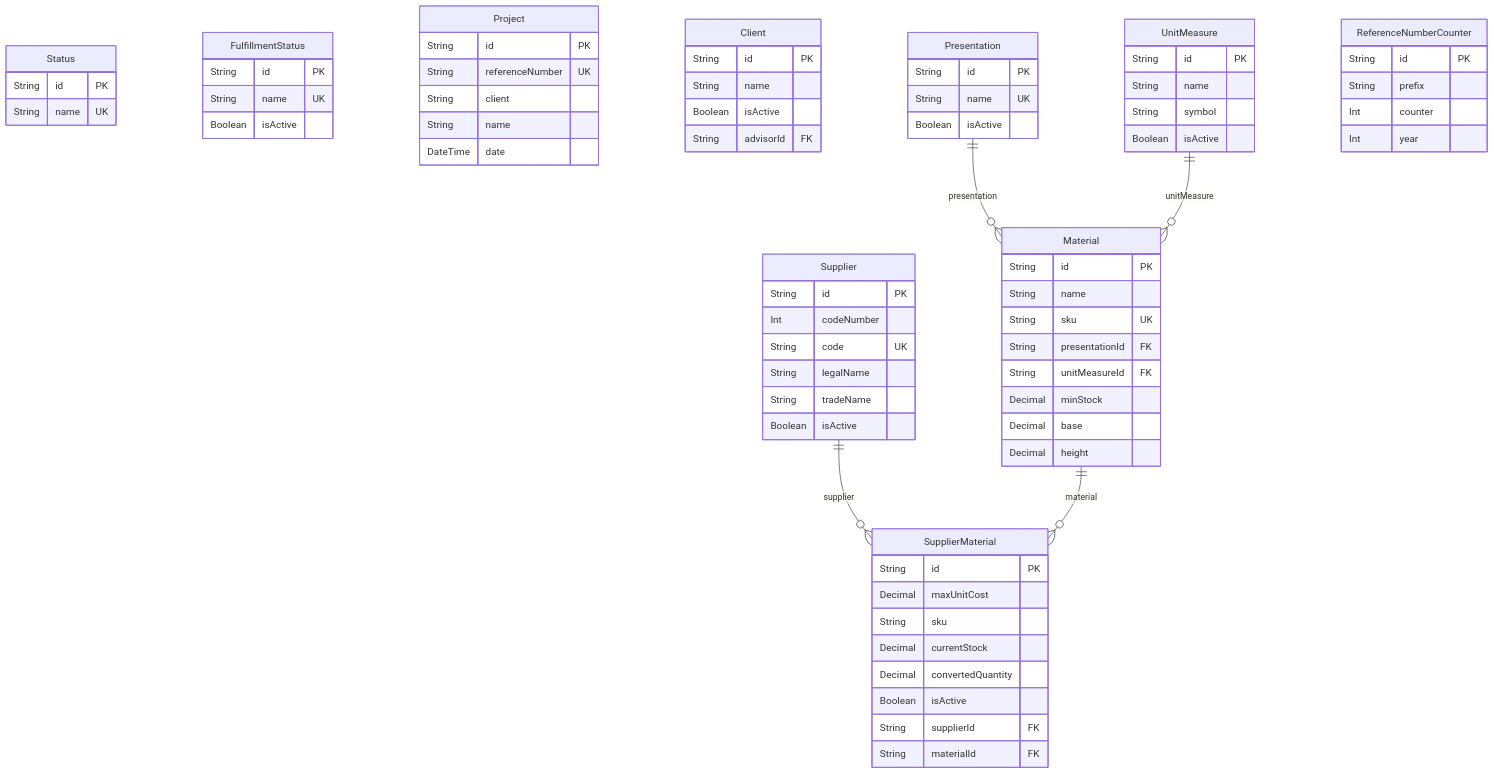
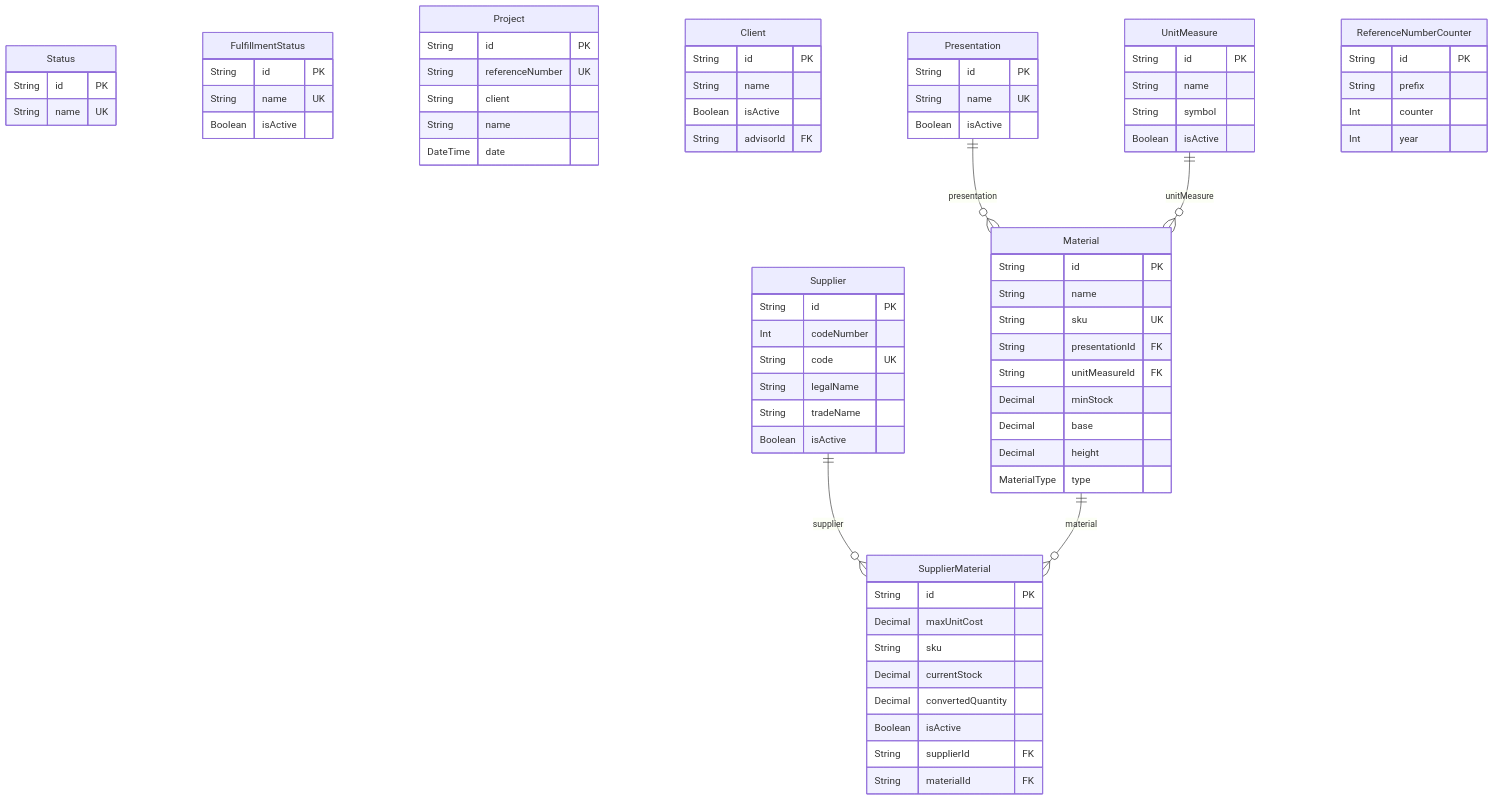
The second of 5 diagrams in docs/architecture/views/logical/data-and-persistence/generated/database-schema.md (gpgsistemas01/nexus), drawn with Mermaid before and after one commit. The commit also changed 93 other files, not shown here.

````diff
--- a/docs/architecture/views/logical/data-and-persistence/generated/database-schema.md
+++ b/docs/architecture/views/logical/data-and-persistence/generated/database-schema.md
@@ -77,74 +77,75 @@
 ```mermaid
 erDiagram
     Status {
         String id PK
         String name UK
     }
     FulfillmentStatus {
         String id PK
         String name UK
         Boolean isActive
     }
     Project {
         String id PK
         String referenceNumber UK
         String client
         String name
         DateTime date
     }
     Client {
         String id PK
         String name
         Boolean isActive
         String advisorId FK
     }
     Supplier {
         String id PK
         Int codeNumber
         String code UK
         String legalName
         String tradeName
         Boolean isActive
     }
     Material {
         String id PK
         String name
         String sku UK
         String presentationId FK
         String unitMeasureId FK
         Decimal minStock
         Decimal base
         Decimal height
+        MaterialType type
     }
     UnitMeasure {
         String id PK
         String name
         String symbol
         Boolean isActive
     }
     Presentation {
         String id PK
         String name UK
         Boolean isActive
     }
     SupplierMaterial {
         String id PK
         Decimal maxUnitCost
         String sku
         Decimal currentStock
         Decimal convertedQuantity
         Boolean isActive
         String supplierId FK
         String materialId FK
     }
     ReferenceNumberCounter {
         String id PK
         String prefix
         Int counter
         Int year
     }
     Presentation ||--o{ Material : "presentation"
     UnitMeasure ||--o{ Material : "unitMeasure"
     Supplier ||--o{ SupplierMaterial : "supplier"
     Material ||--o{ SupplierMaterial : "material"
 ```
````
